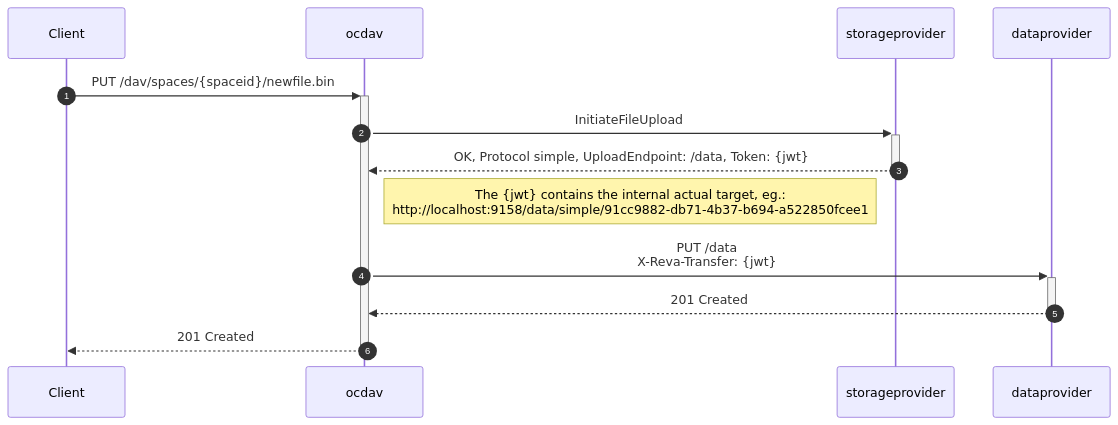
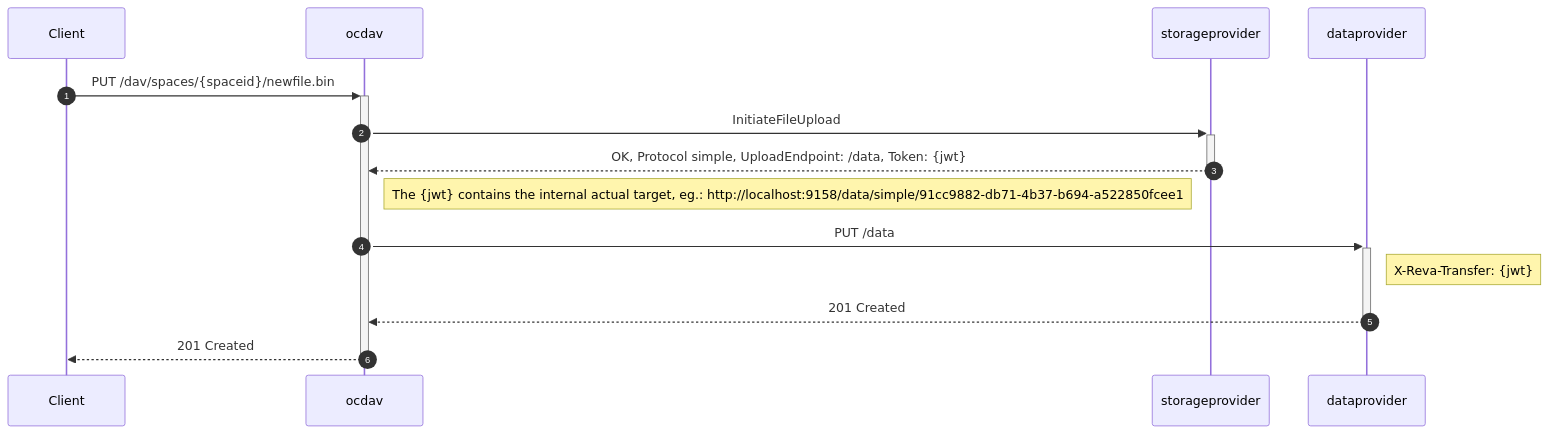
Before and after one commit to owncloud/ocis: the first of 3 diagrams in docs/architecture/upload-processing.md, drawn with Mermaid. The commit also changed other lines of this file, not shown here.

Commit message:
[docs-only] Fix mermaid diagrams

```diff
--- a/docs/architecture/upload-processing.md
+++ b/docs/architecture/upload-processing.md
@@ -16,20 +16,21 @@
 {{<mermaid class="text-center">}}
 
 %%{init: {"sequence": { "showSequenceNumbers":true, "messageFontFamily":"courier", "messageFontWeight":"normal", "messageFontSize":"11"}}}%%
 %% font weight is a css bug: https://github.com/mermaid-js/mermaid/issues/1976
 %% edit this diagram by pasting it into eg. https://mermaid.live
 sequenceDiagram
     participant Client
     participant ocdav
     participant storageprovider
     participant dataprovider
 
     Client->>+ocdav: PUT /dav/spaces/{spaceid}/newfile.bin
     ocdav->>+storageprovider: InitiateFileUpload
     storageprovider-->>-ocdav: OK, Protocol simple, UploadEndpoint: /data, Token: {jwt}
-    Note right of ocdav: The {jwt} contains the internal actual target, eg.:<br>http://localhost:9158/data/simple/91cc9882-db71-4b37-b694-a522850fcee1
-    ocdav->>+dataprovider: PUT /data<br>X-Reva-Transfer: {jwt}
+    Note right of ocdav: The {jwt} contains the internal actual target, eg.: http://localhost:9158/data/simple/91cc9882-db71-4b37-b694-a522850fcee1
+    ocdav->>+dataprovider: PUT /data
+    Note right of dataprovider: X-Reva-Transfer: {jwt}
     dataprovider-->>-ocdav: 201 Created
     ocdav-->>-Client: 201 Created
 
 {{</mermaid>}}
```
